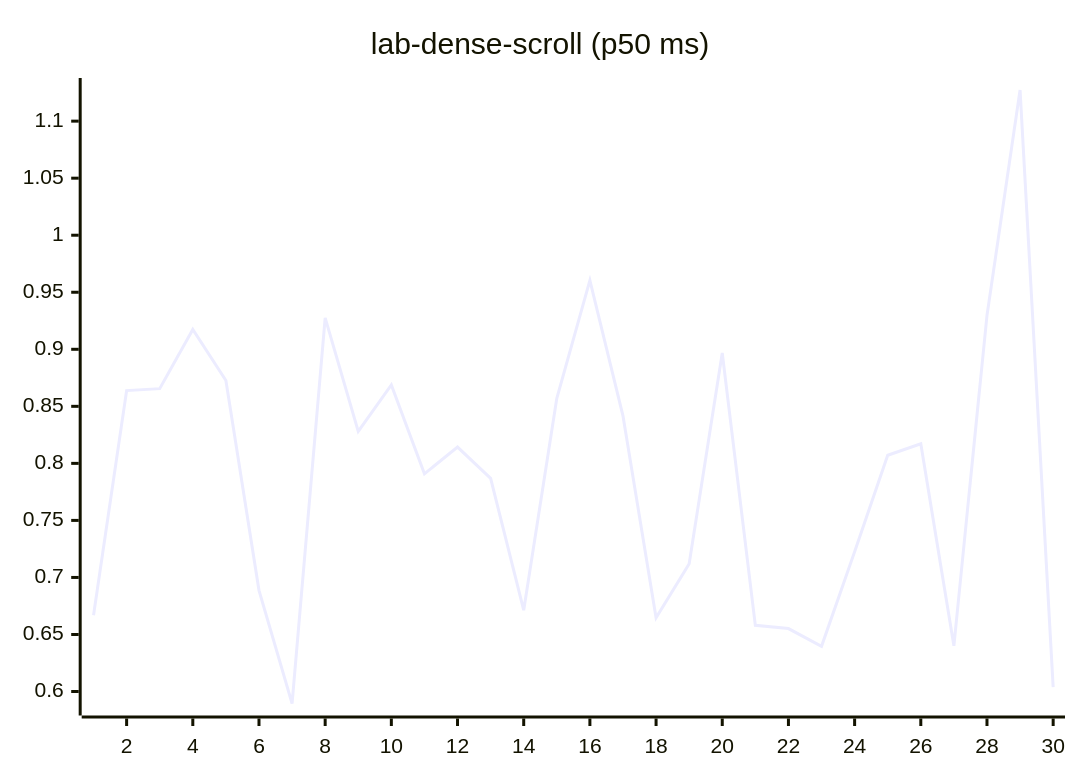
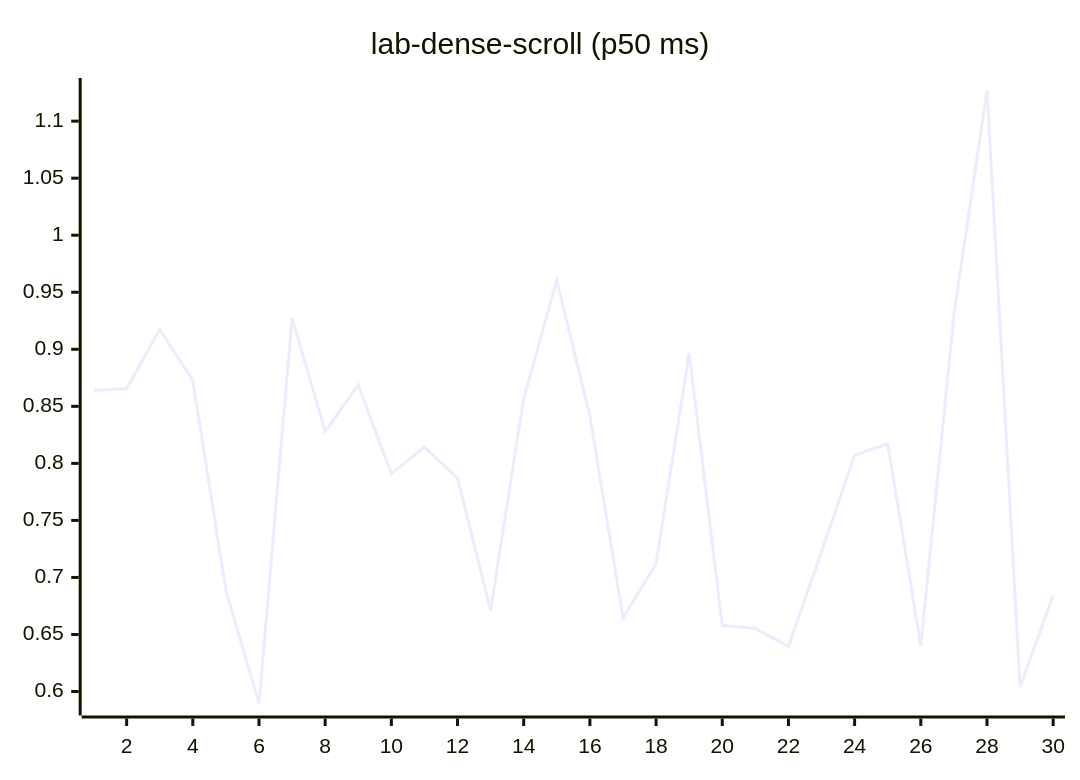
Diagram 12 of 27 in README.md (josha/Facet), drawn with Mermaid before and after one commit. The commit also changed other lines of this file and 2 other files, not shown here.

````diff
--- a/README.md
+++ b/README.md
@@ -140,6 +140,6 @@
 ```mermaid
 xychart-beta
     title "lab-dense-scroll (p50 ms)"
     x-axis 1 --> 30
-    line [0.6669, 0.8638, 0.8655, 0.9174, 0.8727, 0.6887, 0.5895, 0.9275, 0.8280, 0.8687, 0.7908, 0.8143, 0.7869, 0.6713, 0.8570, 0.9604, 0.8416, 0.6647, 0.7120, 0.8968, 0.6580, 0.6552, 0.6397, 0.7226, 0.8071, 0.8171, 0.6401, 0.9297, 1.1273, 0.6038]
+    line [0.8638, 0.8655, 0.9174, 0.8727, 0.6887, 0.5895, 0.9275, 0.8280, 0.8687, 0.7908, 0.8143, 0.7869, 0.6713, 0.8570, 0.9604, 0.8416, 0.6647, 0.7120, 0.8968, 0.6580, 0.6552, 0.6397, 0.7226, 0.8071, 0.8171, 0.6401, 0.9297, 1.1273, 0.6038, 0.6843]
 ```
````
